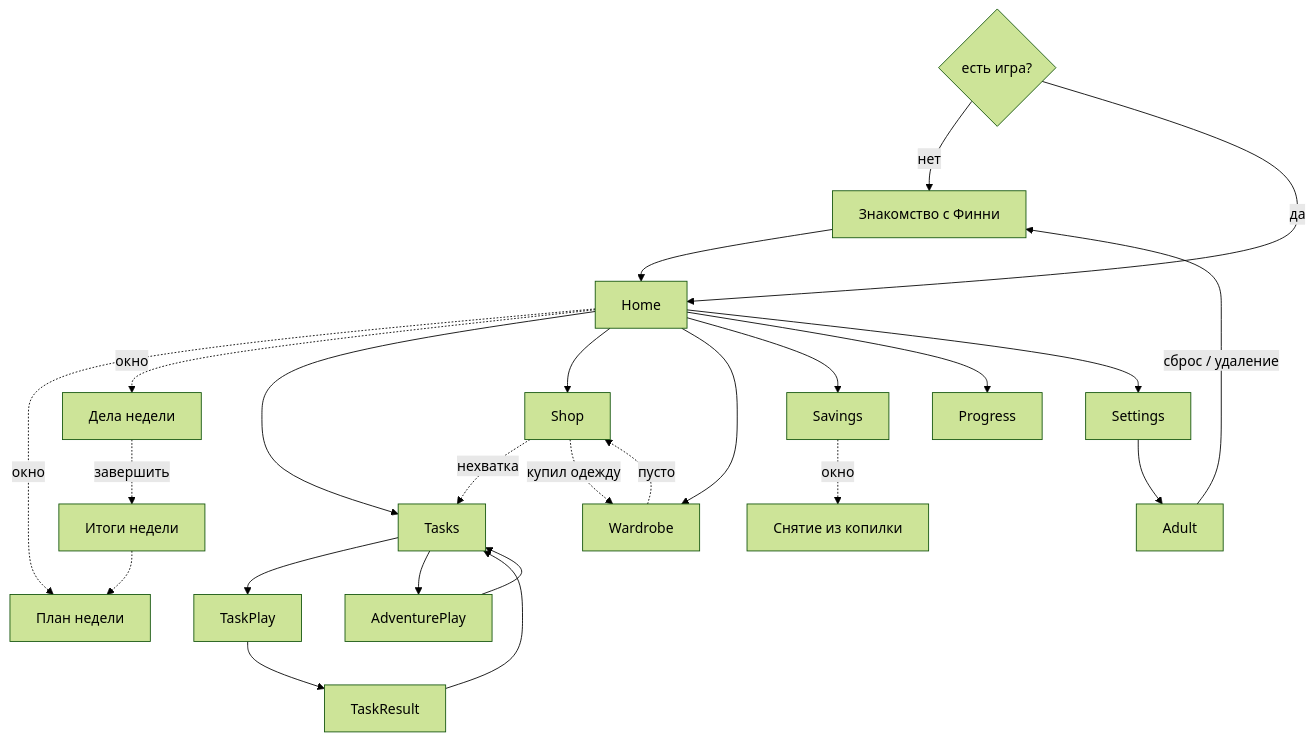
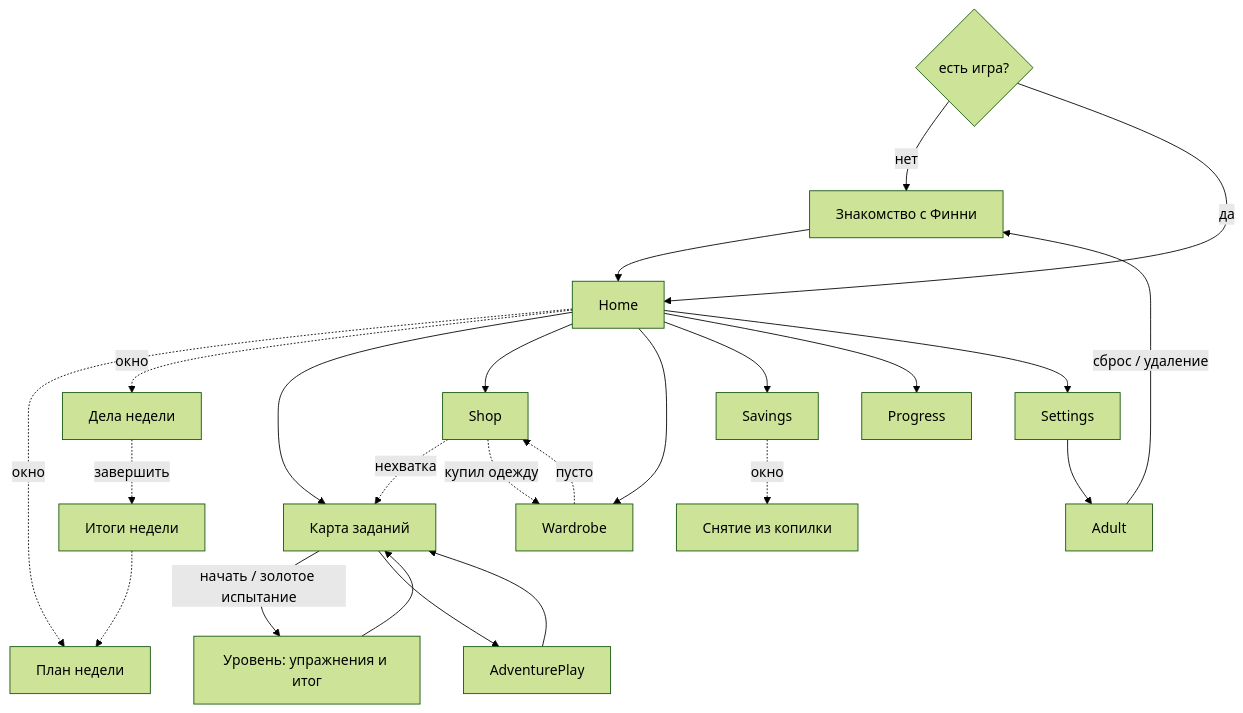
Before and after one commit to lolipokzz/finni-hackaton: the diagram in docs/07-screens.md, drawn with Mermaid (forest theme). The commit also changed other lines of this file and 8 other files, not shown here.

````diff
--- a/docs/07-screens.md
+++ b/docs/07-screens.md
@@ -5,17 +5,18 @@
 ```mermaid
 flowchart TD
   Start{есть игра?} -- нет --> Creation[Знакомство с Финни] --> Home
   Start -- да --> Home
   Home -. окно .-> Plan[План недели]
   Home -. окно .-> Deeds[Дела недели] -. завершить .-> Summary[Итоги недели] -.-> Plan
-  Home --> Tasks --> TaskPlay --> TaskResult --> Tasks
+  Home --> Tasks[Карта заданий]
+  Tasks -- начать / золотое испытание --> LevelPlay[Уровень: упражнения и итог] --> Tasks
   Tasks --> AdventurePlay --> Tasks
   Home --> Shop
   Shop -. нехватка .-> Tasks
   Shop -. купил одежду .-> Wardrobe
   Home --> Wardrobe -. пусто .-> Shop
   Home --> Savings -. окно .-> Withdraw[Снятие из копилки]
   Home --> Progress
   Home --> Settings --> Adult
   Adult -- сброс / удаление --> Creation
 ```
````
